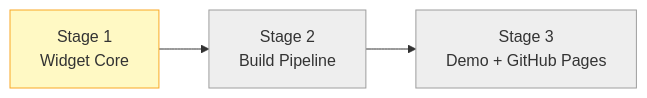
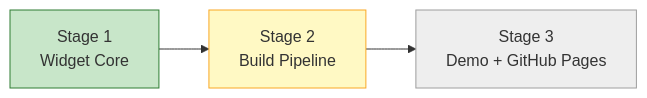
One commit to info-tech-io/web-terminal changed the diagram in docs/proposals/epic-1-tps-mvp/child-6-phase1d-widget-demo/progress.md. Above: the diagram before and after it, drawn with Mermaid. The commit also changed other lines of this file and 4 other files, not shown here.

````diff
--- a/docs/proposals/epic-1-tps-mvp/child-6-phase1d-widget-demo/progress.md
+++ b/docs/proposals/epic-1-tps-mvp/child-6-phase1d-widget-demo/progress.md
@@ -8,9 +8,9 @@
 ```mermaid
 graph LR
     A["Stage 1\nWidget Core"] --> B["Stage 2\nBuild Pipeline"]
     B --> C["Stage 3\nDemo + GitHub Pages"]
 
-    style A fill:#fff9c4,stroke:#f9a825
-    style B fill:#eeeeee,stroke:#9e9e9e
+    style A fill:#c8e6c9,stroke:#2e7d32
+    style B fill:#fff9c4,stroke:#f9a825
     style C fill:#eeeeee,stroke:#9e9e9e
 ```
````
